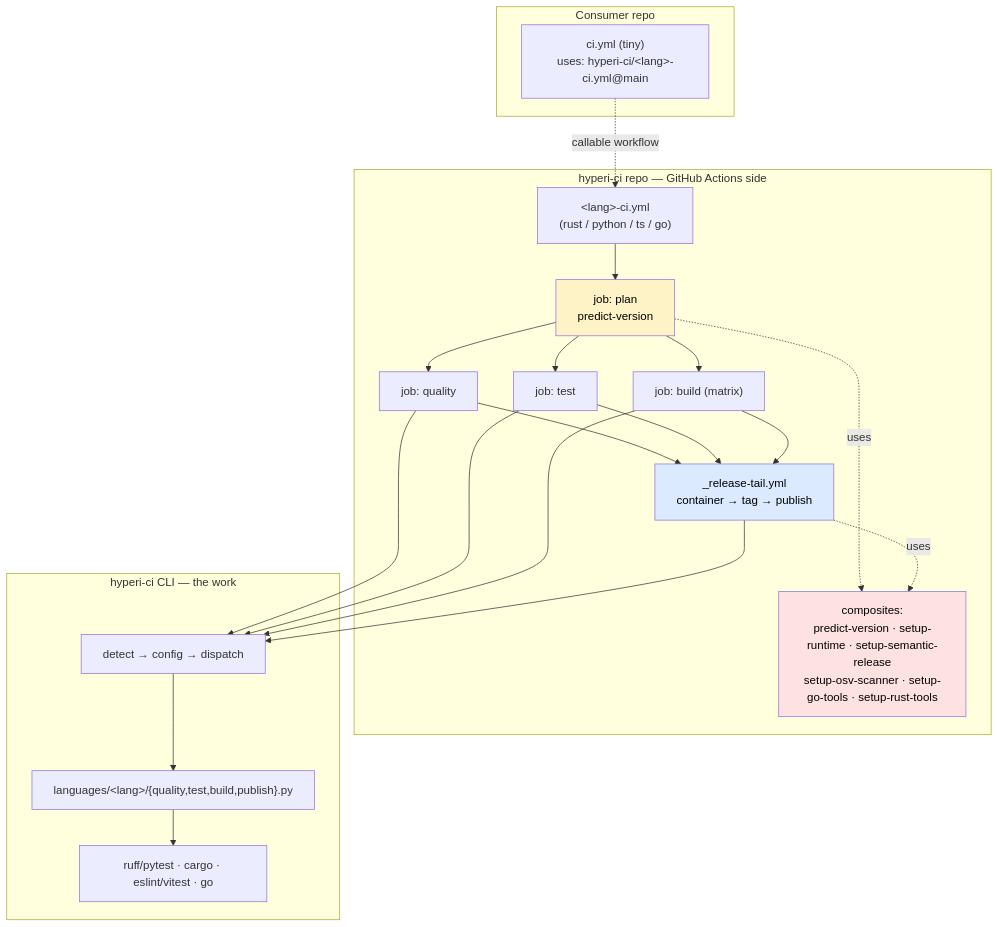
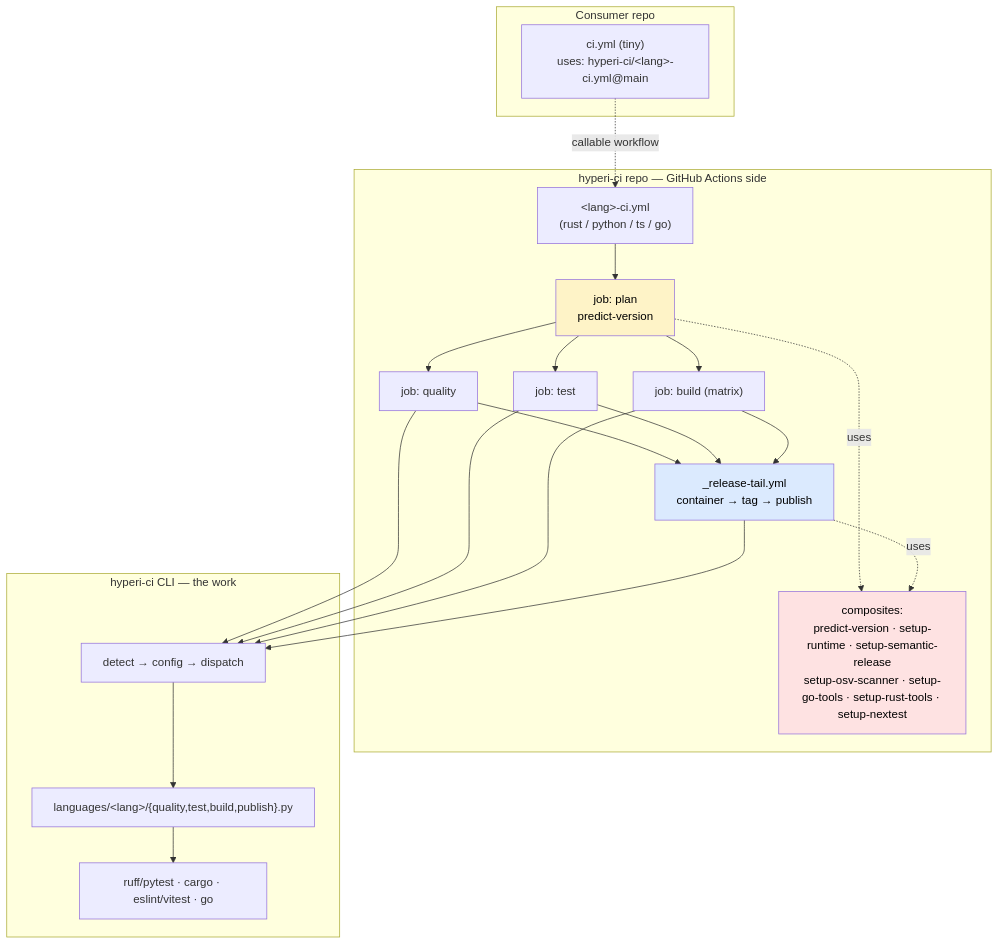
Before and after one commit to hyperi-io/hyperi-ci: the diagram in docs/README.md, drawn with Mermaid. The commit also changed 8 other files, not shown here.

First line of the commit message:
fix(rust): pick the test runner explicitly, and install nextest everywhere

````diff
--- a/docs/README.md
+++ b/docs/README.md
@@ -31,32 +31,32 @@
 ```mermaid
 flowchart TB
     subgraph Consumer["Consumer repo"]
         CI["ci.yml (tiny)<br/>uses: hyperi-ci/&lt;lang&gt;-ci.yml@main"]
     end
 
     subgraph HCI["hyperi-ci repo — GitHub Actions side"]
         L["&lt;lang&gt;-ci.yml<br/>(rust / python / ts / go)"]
         P["job: plan<br/>predict-version"]
         Q["job: quality"]
         T["job: test"]
         B["job: build (matrix)"]
         RT["_release-tail.yml<br/>container → tag → publish"]
-        COMP["composites:<br/>predict-version · setup-runtime · setup-semantic-release<br/>setup-osv-scanner · setup-go-tools · setup-rust-tools"]
+        COMP["composites:<br/>predict-version · setup-runtime · setup-semantic-release<br/>setup-osv-scanner · setup-go-tools · setup-rust-tools · setup-nextest"]
     end
 
     subgraph CLI["hyperi-ci CLI — the work"]
         D["detect → config → dispatch"]
         H["languages/&lt;lang&gt;/{quality,test,build,publish}.py"]
         Tools["ruff/pytest · cargo · eslint/vitest · go"]
     end
 
     CI -.callable workflow.-> L
     L --> P --> Q & T & B --> RT
     P -.uses.-> COMP
     RT -.uses.-> COMP
     Q & T & B & RT --> D --> H --> Tools
 
     style P fill:#fef3c7,color:#000
     style RT fill:#dbeafe,color:#000
     style COMP fill:#fee2e2,color:#000
 ```
````
